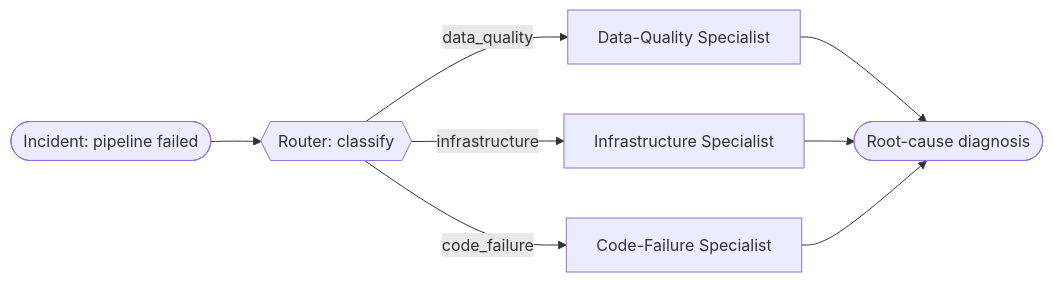
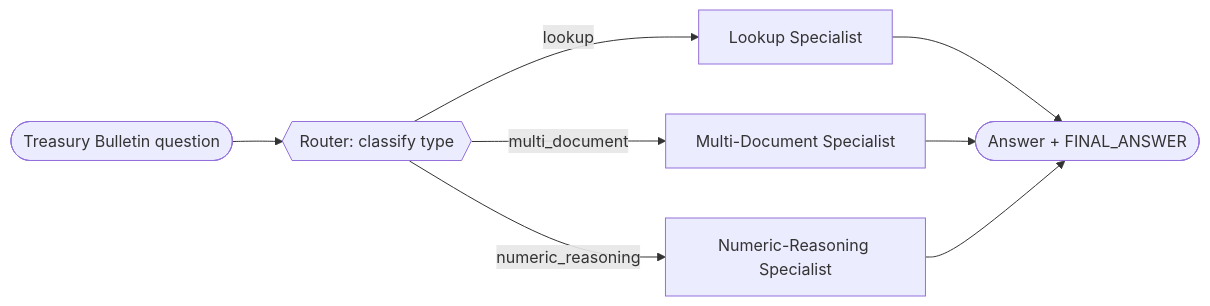
Before and after one commit to jtaylorisbell/agentic-facets: the diagram in recipes/02_routed_workflow/README.md, drawn with Mermaid. The commit also changed other lines of this file and 51 other files, not shown here.

````diff
--- a/recipes/02_routed_workflow/README.md
+++ b/recipes/02_routed_workflow/README.md
@@ -35,10 +35,10 @@
 ```mermaid
 flowchart LR
-    In([Incident: pipeline failed]) --> C{{Router: classify}}
-    C -->|data_quality| DQ[Data-Quality Specialist]
-    C -->|infrastructure| IN[Infrastructure Specialist]
-    C -->|code_failure| CF[Code-Failure Specialist]
-    DQ --> Out([Root-cause diagnosis])
-    IN --> Out
-    CF --> Out
+    Q([Treasury Bulletin question]) --> C{{Router: classify type}}
+    C -->|lookup| LK[Lookup Specialist]
+    C -->|multi_document| MD[Multi-Document Specialist]
+    C -->|numeric_reasoning| NR[Numeric-Reasoning Specialist]
+    LK --> Out([Answer + FINAL_ANSWER])
+    MD --> Out
+    NR --> Out
 ```
````
